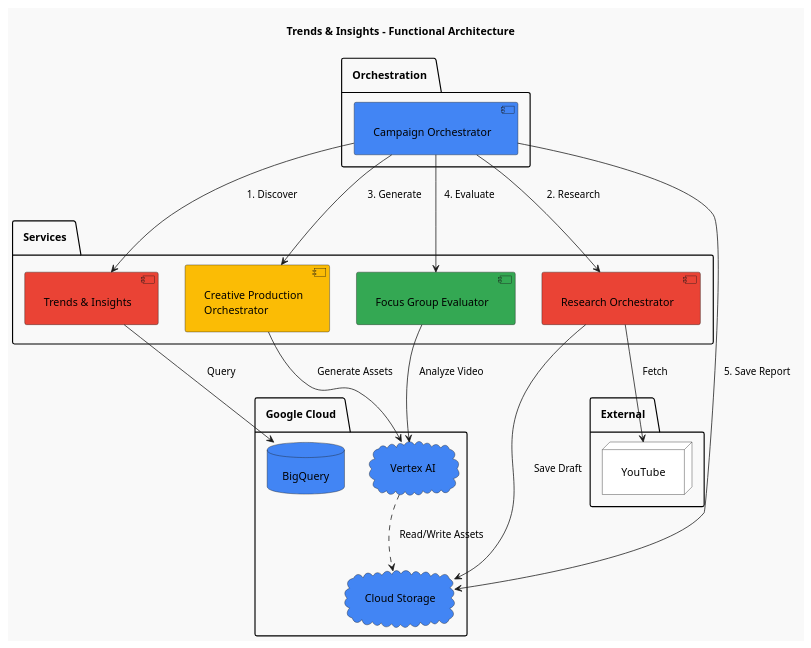
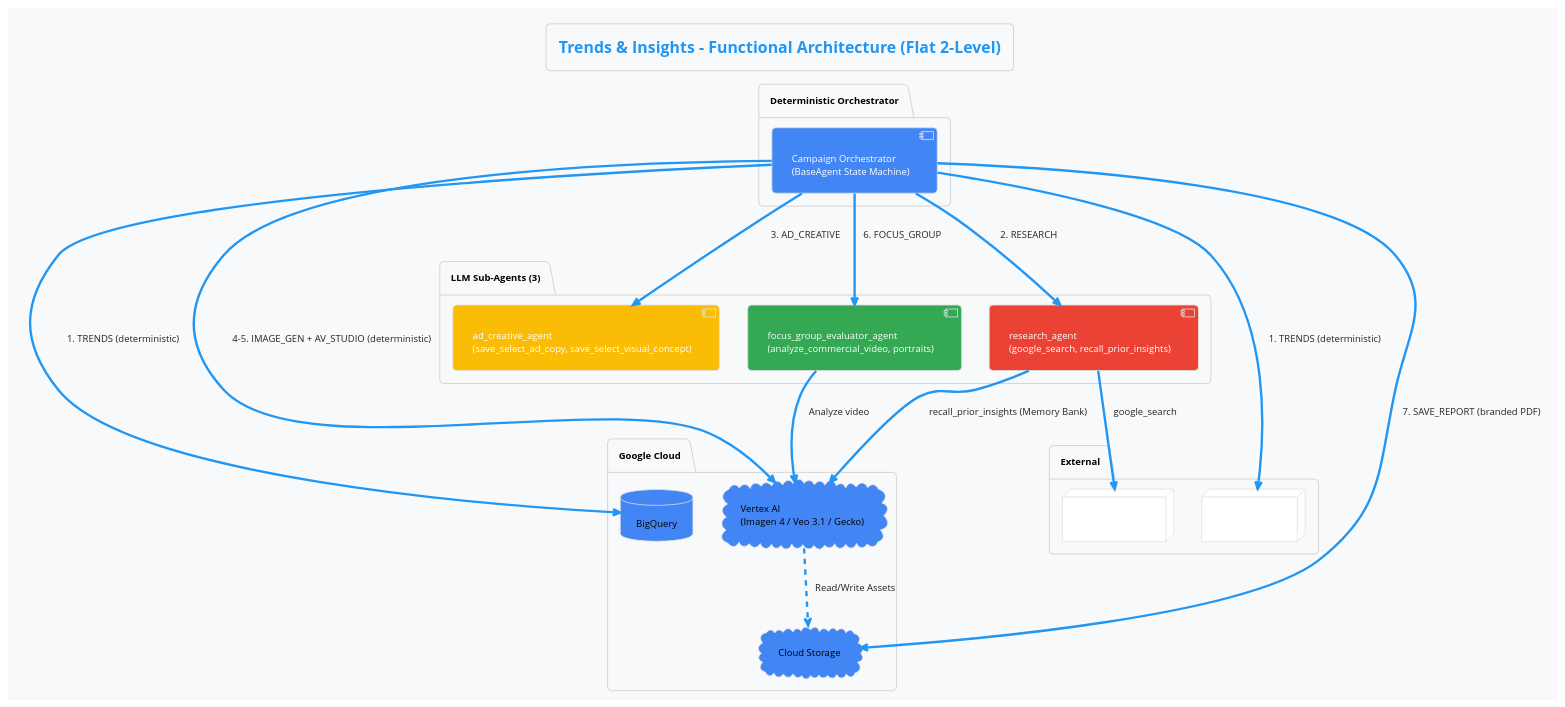
Before and after one commit to tottenjordan/zghost: the diagram in docs/functional_architecture_diagram.puml, drawn with PlantUML. The commit also changed 7 other files, not shown here.

First line of the commit message:
fix: remove dead multi-clip code + ASSET-only Veo refs + stronger trend creative

```diff
--- a/docs/functional_architecture_diagram.puml
+++ b/docs/functional_architecture_diagram.puml
@@ -1,46 +1,139 @@
 @startuml
-skinparam Handwritten false
-skinparam Monochrome false
-skinparam BackgroundColor #f9f9f9
+
+' GCP_BRANDING_APPLIED
+!theme materia
+skinparam backgroundColor #F8F9FA
+skinparam roundCorner 10
+skinparam defaultFontName "Open Sans"
+skinparam DefaultFontSize 12
 skinparam Padding 10
 
-title Trends & Insights - Functional Architecture
-
-package "Orchestration" {
-  [Campaign Orchestrator] as Orchestrator #4285F4
+skinparam database {
+    BackgroundColor #FBBC05
+    BorderColor #E0E0E0
+    FontColor #000
+    Shadowing false
+}
+skinparam component {
+    BackgroundColor #4285F4
+    BorderColor #E0E0E0
+    FontColor #FFF
+    Shadowing false
+}
+skinparam rectangle {
+    BackgroundColor #EA4335
+    BorderColor #E0E0E0
+    FontColor #FFF
+    Shadowing false
+}
+skinparam note {
+    BackgroundColor #FFFFFF
+    BorderColor #E0E0E0
+    FontColor #000000
+    Shadowing false
+    BorderThickness 1
+}
+skinparam collections {
+    BackgroundColor #34A853
+    BorderColor #E0E0E0
+    FontColor #FFF
+    Shadowing false
+}
+skinparam state {
+    BackgroundColor #4285F4
+    BorderColor #E0E0E0
+    FontColor #FFF
+    Shadowing false
+}
+skinparam activity {
+    BackgroundColor #4285F4
+    BorderColor #E0E0E0
+    FontColor #FFF
+    Shadowing false
+}
+skinparam actor {
+    BackgroundColor #FFFFFF
+    BorderColor #4285F4
+    FontColor #000
+    Shadowing false
+    BorderThickness 2
+}
+skinparam usecase {
+    BackgroundColor #FBBC05
+    BorderColor #E0E0E0
+    FontColor #000
+    Shadowing false
+}
+skinparam cloud {
+    BackgroundColor #FFFFFF
+    BorderColor #E0E0E0
+    FontColor #000
+    Shadowing false
+}
+skinparam frame {
+    BackgroundColor #FFFFFF
+    BorderColor #E0E0E0
+    FontColor #000
+    Shadowing false
+}
+skinparam package {
+    BackgroundColor #F8F9FA
+    BorderColor #CCCCCC
+    FontColor #000
+    Shadowing false
+    BorderThickness 1
+}
+skinparam node {
+    BackgroundColor #EA4335
+    BorderColor #E0E0E0
+    FontColor #FFF
+    Shadowing false
+}
+skinparam queue {
+    BackgroundColor #34A853
+    BorderColor #E0E0E0
+    FontColor #FFF
+    Shadowing false
 }
 
-package "Services" {
-  [Trends & Insights] as Trends #EA4335
-  [Research Orchestrator] as Research #EA4335
-  [Creative Production\nOrchestrator] as Creative #FBBC05
-  [Focus Group Evaluator] as Eval #34A853
+
+
+title Trends & Insights - Functional Architecture (Flat 2-Level)
+
+package "Deterministic Orchestrator" {
+  [Campaign Orchestrator\n(BaseAgent State Machine)] as Orchestrator #4285F4
+}
+
+package "LLM Sub-Agents (3)" {
+  [research_agent\n(google_search, recall_prior_insights)] as Research #EA4335
+  [ad_creative_agent\n(save_select_ad_copy, save_select_visual_concept)] as Creative #FBBC05
+  [focus_group_evaluator_agent\n(analyze_commercial_video, portraits)] as Eval #34A853
 }
 
 package "Google Cloud" {
   database "BigQuery" as BQ #4285F4
   cloud "Cloud Storage" as GCS #4285F4
-  cloud "Vertex AI" as Vertex #4285F4
+  cloud "Vertex AI\n(Imagen 4 / Veo 3.1 / Gecko)" as Vertex #4285F4
 }
 
 package "External" {
-  node "YouTube" as YT #White
+  node "YouTube API" as YT #White
+  node "Google Search" as GS #White
 }
 
 ' Relationships
-Orchestrator --> Trends : 1. Discover
-Orchestrator --> Research : 2. Research
-Orchestrator --> Creative : 3. Generate
-Orchestrator --> Eval : 4. Evaluate
-Orchestrator --> GCS : 5. Save Report
+Orchestrator --> BQ : 1. TRENDS (deterministic)
+Orchestrator --> YT : 1. TRENDS (deterministic)
+Orchestrator --> Research : 2. RESEARCH
+Orchestrator --> Creative : 3. AD_CREATIVE
+Orchestrator --> Vertex : 4-5. IMAGE_GEN + AV_STUDIO (deterministic)
+Orchestrator --> Eval : 6. FOCUS_GROUP
+Orchestrator --> GCS : 7. SAVE_REPORT (branded PDF)
 
-Trends --> BQ : Query
-Research --> YT : Fetch
-Research --> GCS : Save Draft
-
-Creative --> Vertex : Generate Assets
-Eval --> Vertex : Analyze Video
+Research --> GS : google_search
+Research --> Vertex : recall_prior_insights (Memory Bank)
+Eval --> Vertex : Analyze video
 
 Vertex ..> GCS : Read/Write Assets
 
-@endum
+@enduml
```
